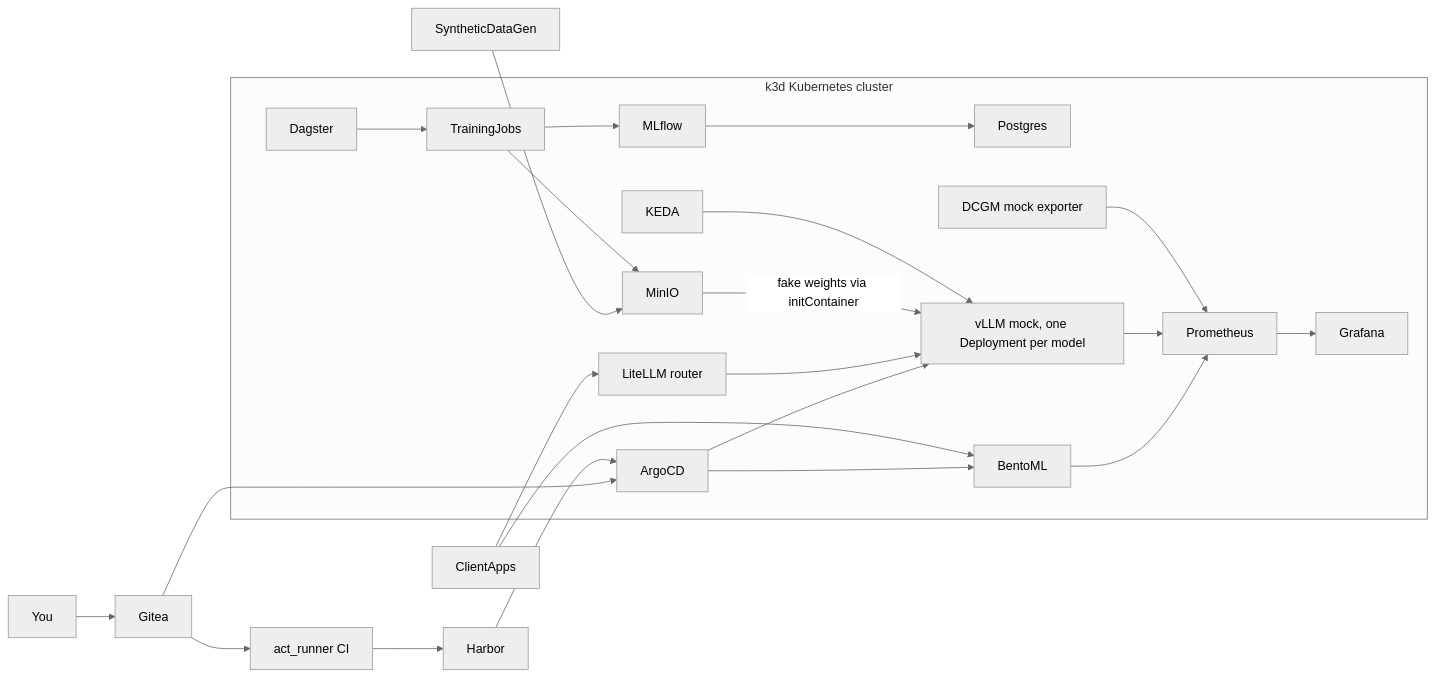
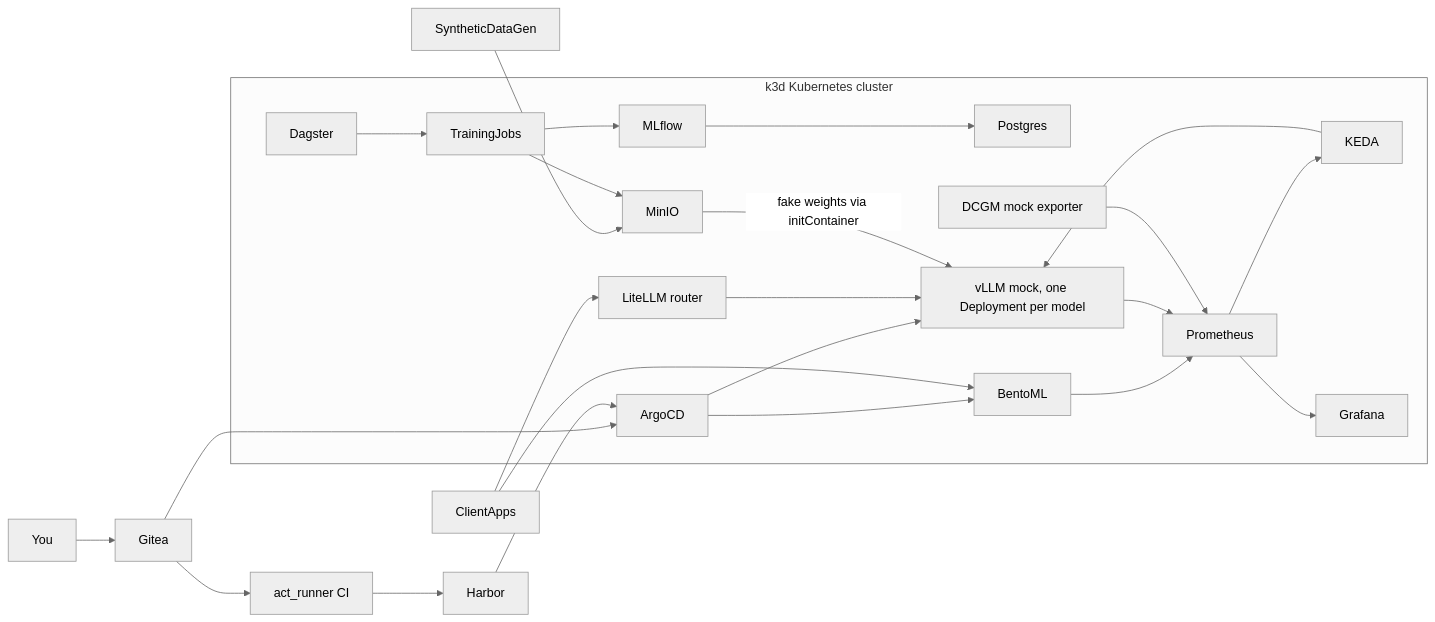
One commit to codemonkey-df/mlops-hands-on-course changed the diagram in docs/index.md. Above: the diagram before and after it, drawn with Mermaid (neutral theme). The commit also changed other lines of this file and 2 other files, not shown here.

First line of the commit message:
docs(V2-004): link Prometheus to KEDA on the home overview

````diff
--- a/docs/index.md
+++ b/docs/index.md
@@ -5,26 +5,27 @@
 ```mermaid
 flowchart LR
     gen[SyntheticDataGen] --> minio
     dev[You] --> gitea[Gitea]
     gitea --> runner[act_runner CI]
     runner --> harbor[Harbor]
     gitea --> argocd
     harbor --> argocd
     subgraph k3d [k3d Kubernetes cluster]
         dagster[Dagster] --> jobs[TrainingJobs]
         jobs --> mlflow[MLflow]
         jobs --> minio[MinIO]
         mlflow --> postgres[Postgres]
         argocd[ArgoCD] --> bento[BentoML]
         argocd --> vllm["vLLM mock, one Deployment per model"]
         router[LiteLLM router] --> vllm
         minio -->|"fake weights via initContainer"| vllm
         keda[KEDA] --> vllm
         prom[Prometheus] --> grafana[Grafana]
+        prom --> keda
         bento --> prom
         vllm --> prom
         dcgm["DCGM mock exporter"] --> prom
     end
     apps[ClientApps] --> router
     apps --> bento
 ```
````
